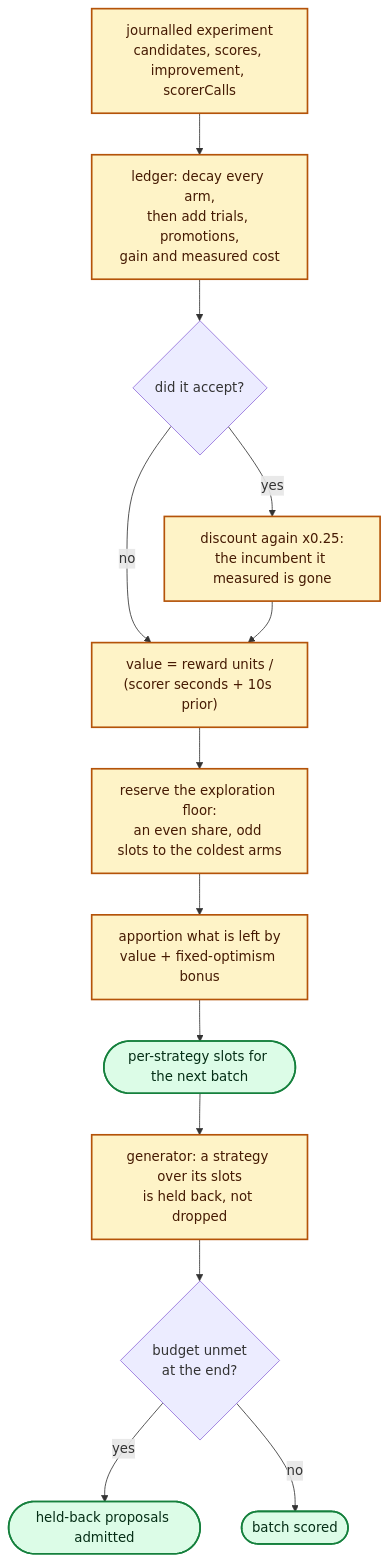
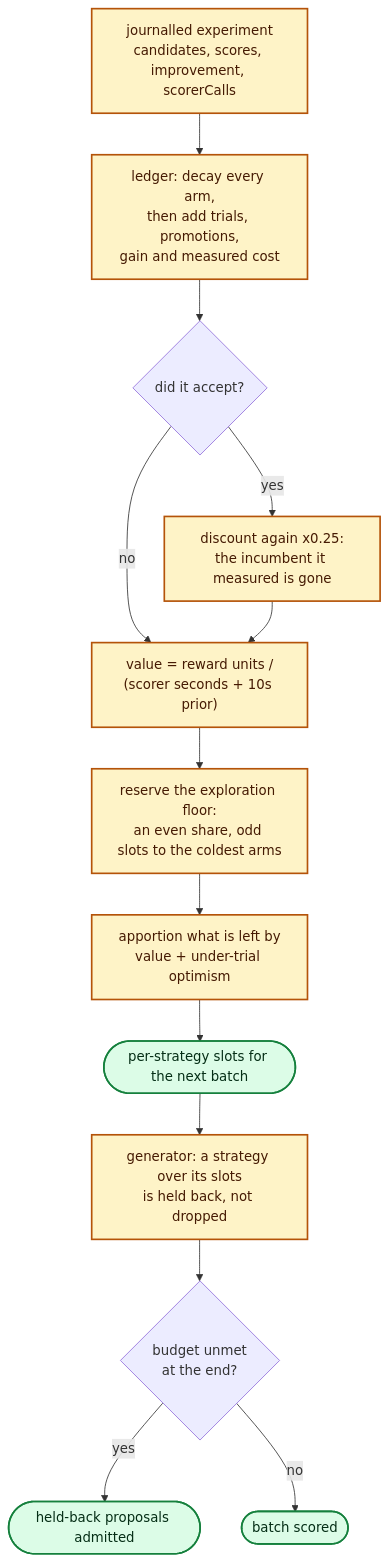
The diagram in docs/archive/pr-summaries/pr-summary-218.md (stSoftwareAU/NEAT-AI-Lamarck), drawn with Mermaid before and after one commit. The commit also changed other lines of this file and 1 other file, not shown here.

````diff
--- a/docs/archive/pr-summaries/pr-summary-218.md
+++ b/docs/archive/pr-summaries/pr-summary-218.md
@@ -54,21 +54,21 @@
 ```mermaid
 flowchart TD
     J["journalled experiment<br/>candidates, scores, improvement, scorerCalls"] --> L["ledger: decay every arm,<br/>then add trials, promotions,<br/>gain and measured cost"]
     L --> ACC{"did it accept?"}
     ACC -- yes --> RET["discount again x0.25:<br/>the incumbent it measured is gone"]
     ACC -- no --> V
     RET --> V["value = reward units /<br/>(scorer seconds + 10s prior)"]
     V --> FLOOR["reserve the exploration floor:<br/>an even share, odd slots to the coldest arms"]
-    FLOOR --> UCB["apportion what is left by<br/>value + fixed-optimism bonus"]
+    FLOOR --> UCB["apportion what is left by<br/>value + under-trial optimism"]
     UCB --> SLOTS(["per-strategy slots for the next batch"])
     SLOTS --> GEN["generator: a strategy over its slots<br/>is held back, not dropped"]
     GEN --> SHORT{"budget unmet<br/>at the end?"}
     SHORT -- yes --> ADMIT(["held-back proposals admitted"])
     SHORT -- no --> DONE(["batch scored"])
 
     classDef stage fill:#fef3c7,stroke:#b45309,stroke-width:2px,color:#451a03
     classDef stop fill:#dcfce7,stroke:#15803d,stroke-width:2px,color:#052e16
 
     class J,L,RET,V,FLOOR,UCB,GEN stage
     class SLOTS,ADMIT,DONE stop
 ```
````
